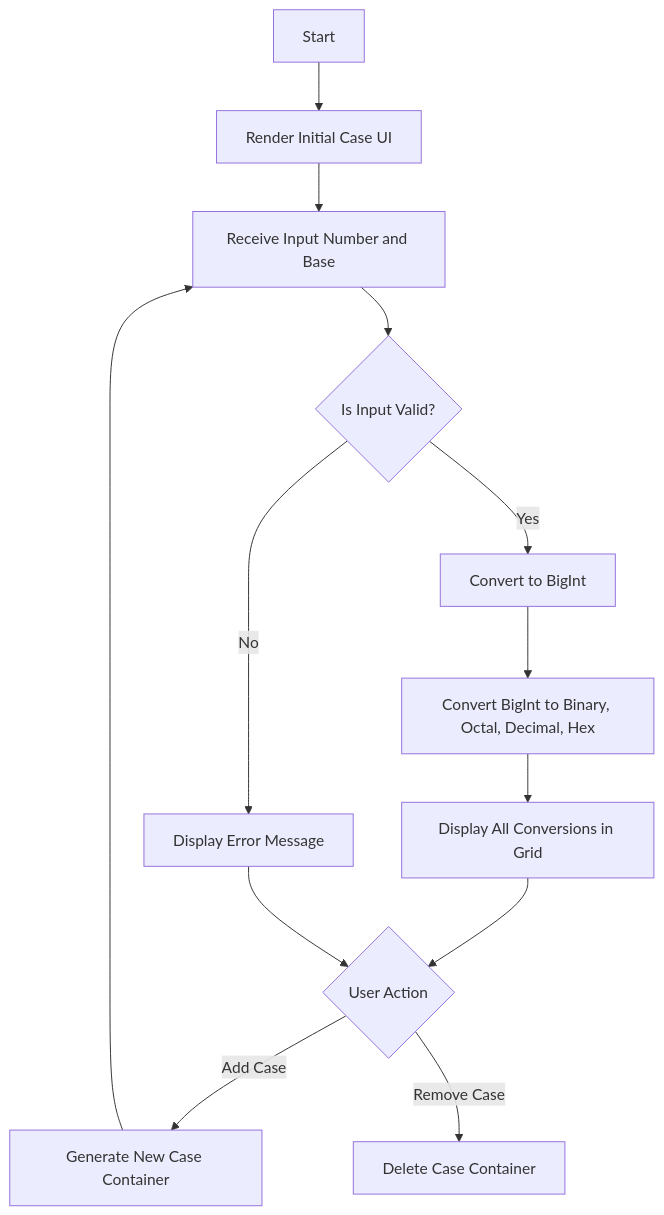
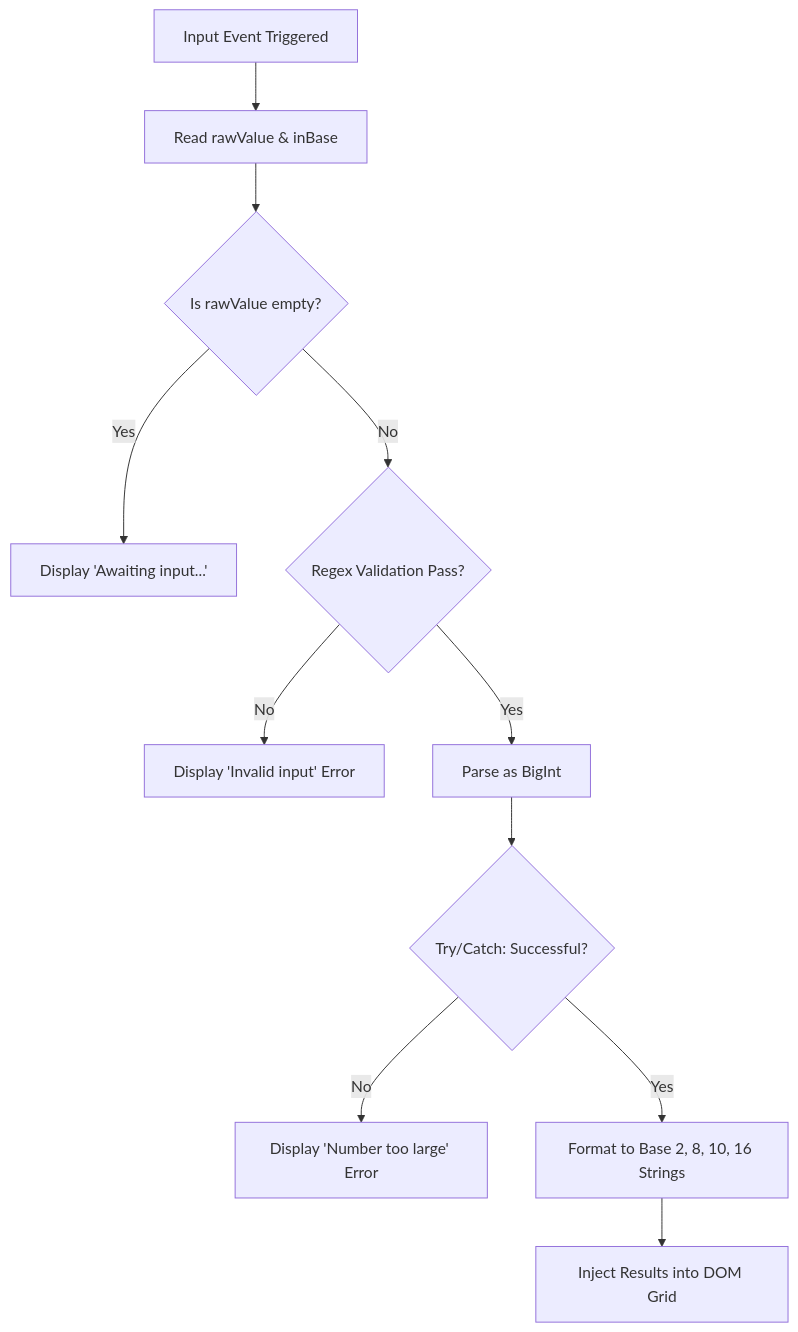
One commit to dontstaycozy/Number-System-Converter changed the diagram in README.md. Above: the diagram before and after it, drawn with Mermaid.

Commit message:
update visuals
Updated flowchart to reflect new input handling and validation process.

````diff
--- a/README.md
+++ b/README.md
@@ -87,15 +87,13 @@
 ```mermaid
 graph TD
-  A[Start] --> B[Render Initial Case UI]
-  B --> C[Receive Input Number and Base]
-  C --> D{Is Input Valid?}
-  D -- No --> E[Display Error Message]
-  D -- Yes --> F[Convert to BigInt]
-  F --> G[Convert BigInt to Binary, Octal, Decimal, Hex]
-  G --> H[Display All Conversions in Grid]
-  H --> I{User Action}
-  E --> I
-  I -- Add Case --> J[Generate New Case Container]
-  J --> C
-  I -- Remove Case --> K[Delete Case Container]
+  A[Input Event Triggered] --> B[Read rawValue & inBase]
+  B --> C{Is rawValue empty?}
+  C -- Yes --> D[Display 'Awaiting input...']
+  C -- No --> E{Regex Validation Pass?}
+  E -- No --> F[Display 'Invalid input' Error]
+  E -- Yes --> G[Parse as BigInt]
+  G --> H{Try/Catch: Successful?}
+  H -- No --> I[Display 'Number too large' Error]
+  H -- Yes --> J[Format to Base 2, 8, 10, 16 Strings]
+  J --> K[Inject Results into DOM Grid]
 ```
````
